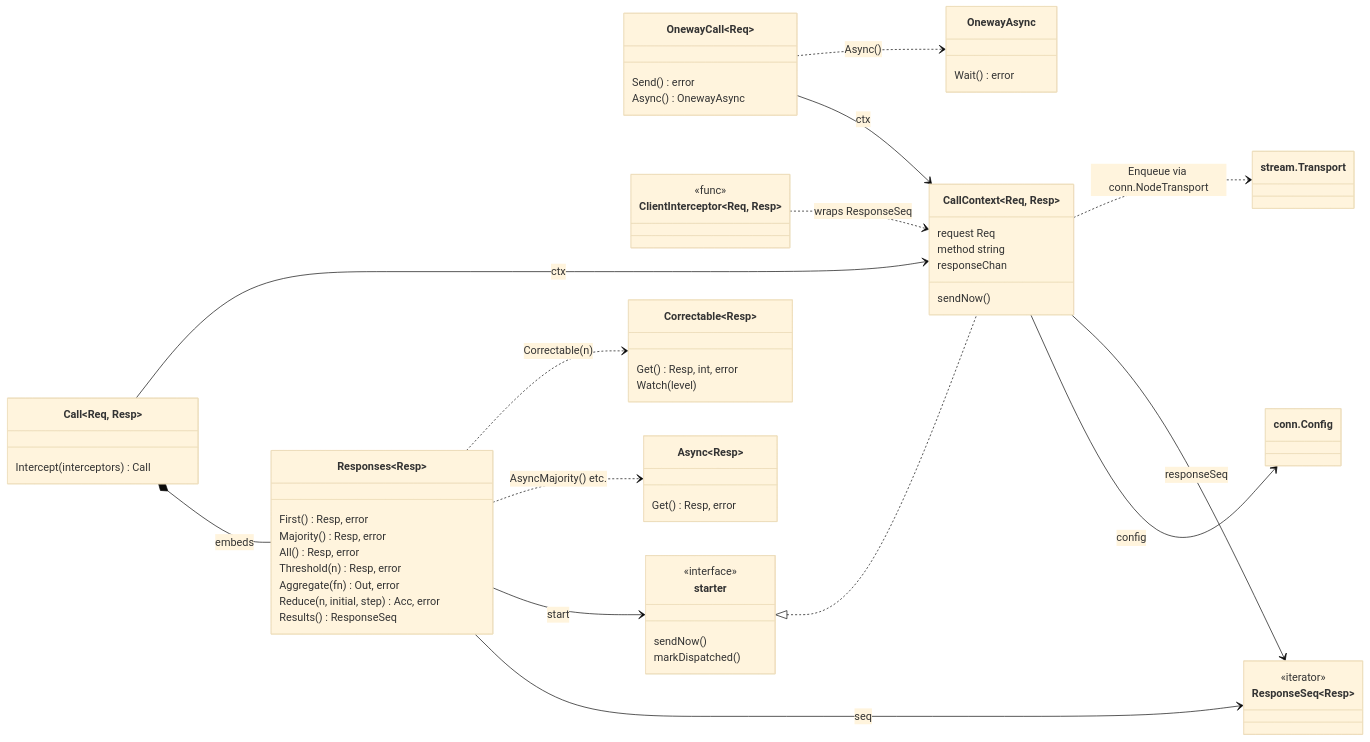
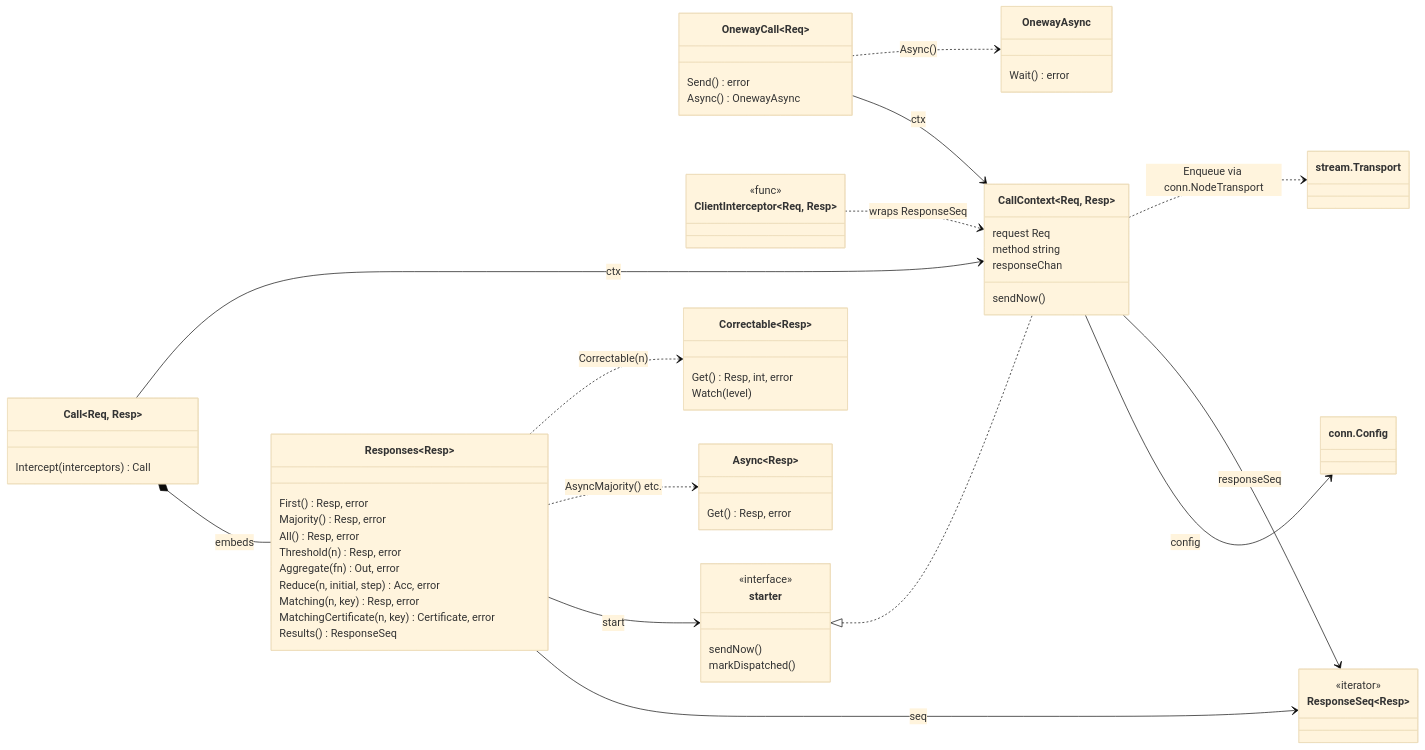
One commit to relab/gorums changed the sixth of 9 diagrams in doc/dev-guide.md. Above: the diagram before and after it, drawn with Mermaid (base theme). The commit also changed other lines of this file and 6 other files, not shown here.

First line of the commit message:
gorums: add Matching and MatchingCertificate terminal methods

````diff
--- a/doc/dev-guide.md
+++ b/doc/dev-guide.md
@@ -437,63 +437,65 @@
 ```mermaid
 classDiagram
     direction LR
     class CallContext~Req, Resp~ {
         request Req
         method string
         responseChan
         sendNow()
     }
     class Call~Req, Resp~ {
         Intercept(interceptors) Call
     }
     class Responses~Resp~ {
         First() Resp, error
         Majority() Resp, error
         All() Resp, error
         Threshold(n) Resp, error
         Aggregate(fn) Out, error
         Reduce(n, initial, step) Acc, error
+        Matching(n, key) Resp, error
+        MatchingCertificate(n, key) Certificate, error
         Results() ResponseSeq
     }
     class OnewayCall~Req~ {
         Send() error
         Async() OnewayAsync
     }
     class OnewayAsync {
         Wait() error
     }
     class ResponseSeq~Resp~ {
         <<iterator>>
     }
     class ClientInterceptor~Req, Resp~ {
         <<func>>
     }
     class Async~Resp~ {
         Get() Resp, error
     }
     class Correctable~Resp~ {
         Get() Resp, int, error
         Watch(level)
     }
     class starter {
         <<interface>>
         sendNow()
         markDispatched()
     }
     class ConnConfig["conn.Config"]
     class StreamTransport["stream.Transport"]
 
     Call *-- Responses : embeds
     Call --> CallContext : ctx
     OnewayCall --> CallContext : ctx
     OnewayCall ..> OnewayAsync : Async()
     Responses --> ResponseSeq : seq
     Responses --> starter : start
     starter <|.. CallContext
     Responses ..> Async : AsyncMajority() etc.
     Responses ..> Correctable : Correctable(n)
     CallContext --> ConnConfig : config
     CallContext --> ResponseSeq : responseSeq
     ClientInterceptor ..> CallContext : wraps ResponseSeq
     CallContext ..> StreamTransport : Enqueue via conn.NodeTransport
 ```
````
